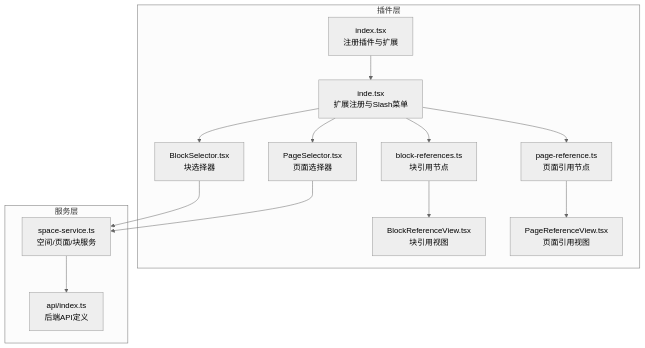
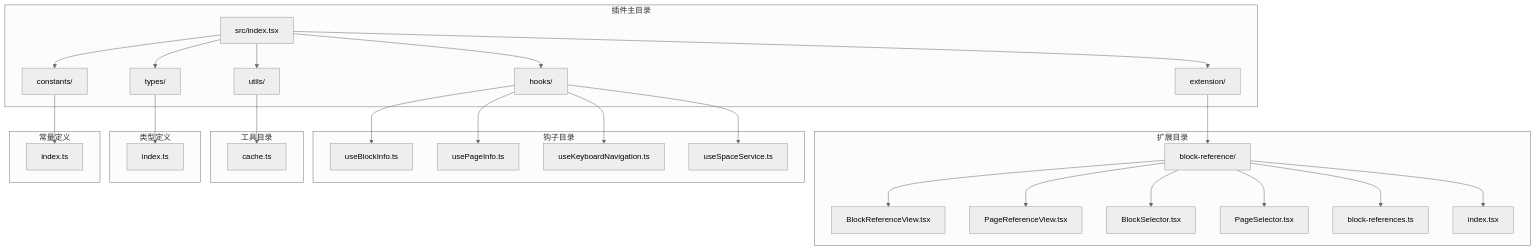
Before and after one commit to LRF0422/Kotion: the first of 8 diagrams in .qoder/repowiki/zh/content/功能模块/块引用插件.md, drawn with Mermaid (neutral theme). The commit also changed other lines of this file and 75 other files, not shown here.

````diff
--- a/.qoder/repowiki/zh/content/功能模块/块引用插件.md
+++ b/.qoder/repowiki/zh/content/功能模块/块引用插件.md
@@ -49,27 +48,34 @@
 ```mermaid
 graph TB
-subgraph "插件层"
-IDX["index.tsx<br/>注册插件与扩展"]
-EXT["inde.tsx<br/>扩展注册与Slash菜单"]
-BRN["block-references.ts<br/>块引用节点"]
-PRN["page-reference.ts<br/>页面引用节点"]
-BSV["BlockSelector.tsx<br/>块选择器"]
-PSV["PageSelector.tsx<br/>页面选择器"]
-BRV["BlockReferenceView.tsx<br/>块引用视图"]
-PRV["PageReferenceView.tsx<br/>页面引用视图"]
+subgraph "插件主目录"
+A[src/index.tsx] --> B[extension/]
+A --> C[hooks/]
+A --> D[utils/]
+A --> E[types/]
+A --> F[constants/]
 end
-subgraph "服务层"
-SS["space-service.ts<br/>空间/页面/块服务"]
-API["api/index.ts<br/>后端API定义"]
+subgraph "扩展目录"
+B --> G[block-reference/]
+G --> H[BlockReferenceView.tsx]
+G --> I[PageReferenceView.tsx]
+G --> J[BlockSelector.tsx]
+G --> K[PageSelector.tsx]
+G --> L[block-references.ts]
+G --> M[index.tsx]
 end
-IDX --> EXT
-EXT --> BRN
-EXT --> PRN
-EXT --> BSV
-EXT --> PSV
-BRN --> BRV
-PRN --> PRV
-BSV --> SS
-PSV --> SS
-SS --> API
+subgraph "钩子目录"
+C --> N[useBlockInfo.ts]
+C --> O[usePageInfo.ts]
+C --> P[useKeyboardNavigation.ts]
+C --> Q[useSpaceService.ts]
+end
+subgraph "工具目录"
+D --> R[cache.ts]
+end
+subgraph "类型定义"
+E --> S[index.ts]
+end
+subgraph "常量定义"
+F --> T[index.ts]
+end
 ```
````
